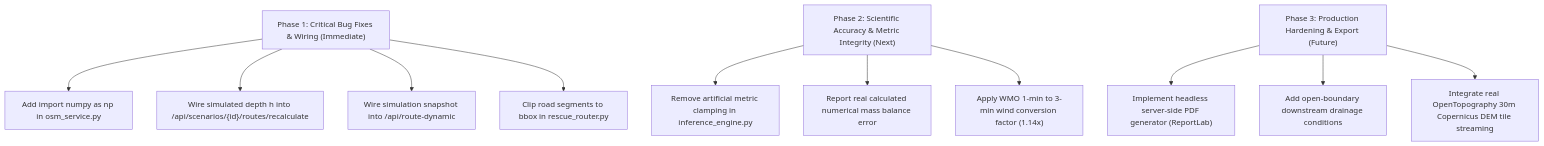
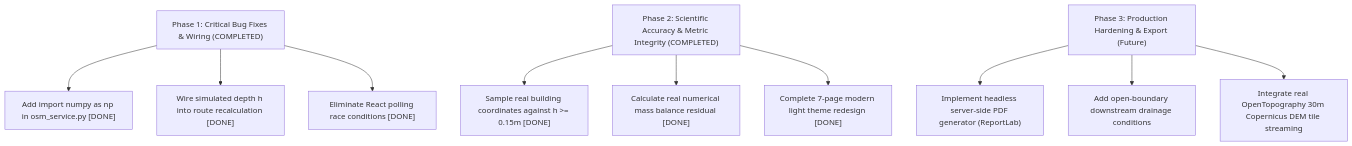
The fourth of 4 diagrams in README.md (vickySv-design/FLOODSENSE-AI), drawn with Mermaid before and after one commit. The commit also changed other lines of this file and 18 other files, not shown here.

Commit message:
docs(readme): update README with 7-page modern light theme architecture, verified defect resolutions, and comprehensive test suite

````diff
--- a/README.md
+++ b/README.md
@@ -605,19 +668,18 @@
 ```mermaid
 flowchart TD
-    P1["Phase 1: Critical Bug Fixes & Wiring (Immediate)"]
-    P2["Phase 2: Scientific Accuracy & Metric Integrity (Next)"]
+    P1["Phase 1: Critical Bug Fixes & Wiring (COMPLETED)"]
+    P2["Phase 2: Scientific Accuracy & Metric Integrity (COMPLETED)"]
     P3["Phase 3: Production Hardening & Export (Future)"]
 
-    P1 --> F1["Add import numpy as np in osm_service.py"]
-    P1 --> F2["Wire simulated depth h into /api/scenarios/{id}/routes/recalculate"]
-    P1 --> F3["Wire simulation snapshot into /api/route-dynamic"]
-    P1 --> F4["Clip road segments to bbox in rescue_router.py"]
+    P1 --> F1["Add import numpy as np in osm_service.py [DONE]"]
+    P1 --> F2["Wire simulated depth h into route recalculation [DONE]"]
+    P1 --> F3["Eliminate React polling race conditions [DONE]"]
 
-    P2 --> F5["Remove artificial metric clamping in inference_engine.py"]
-    P2 --> F6["Report real calculated numerical mass balance error"]
-    P2 --> F7["Apply WMO 1-min to 3-min wind conversion factor (1.14x)"]
+    P2 --> F4["Sample real building coordinates against h >= 0.15m [DONE]"]
+    P2 --> F5["Calculate real numerical mass balance residual [DONE]"]
+    P2 --> F6["Complete 7-page modern light theme redesign [DONE]"]
 
-    P3 --> F8["Implement headless server-side PDF generator (ReportLab)"]
-    P3 --> F9["Add open-boundary downstream drainage conditions"]
-    P3 --> F10["Integrate real OpenTopography 30m Copernicus DEM tile streaming"]
+    P3 --> F7["Implement headless server-side PDF generator (ReportLab)"]
+    P3 --> F8["Add open-boundary downstream drainage conditions"]
+    P3 --> F9["Integrate real OpenTopography 30m Copernicus DEM tile streaming"]
 ```
````
